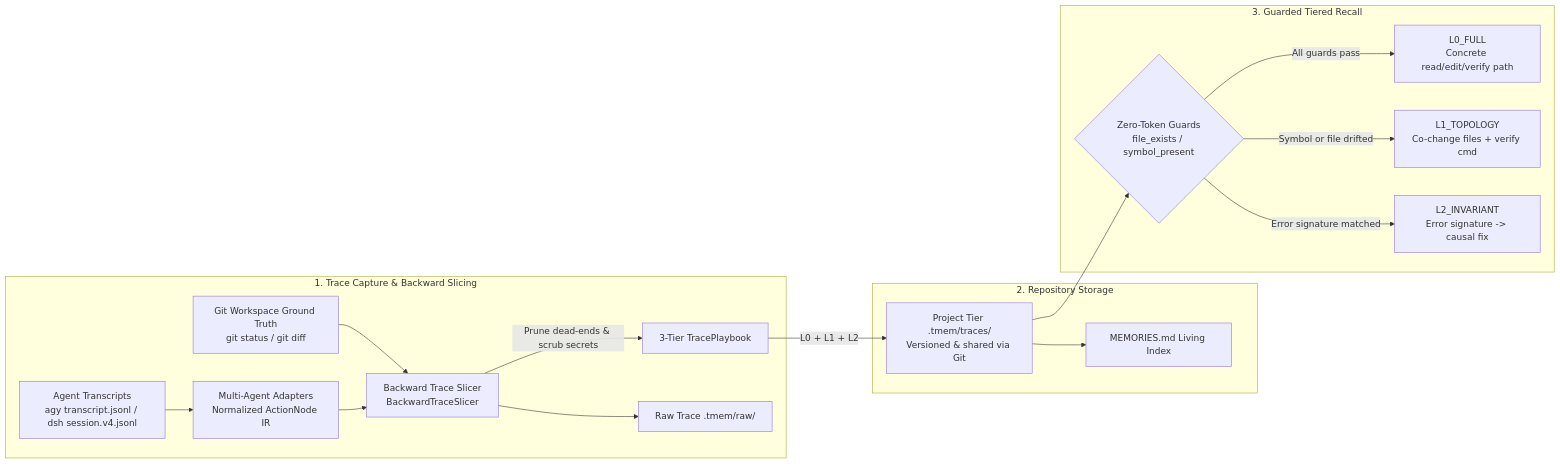
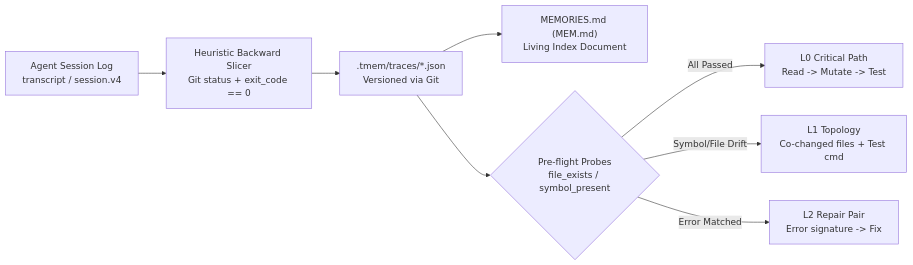
The diagram in README_EN.md (kentzjh-cmd/tmem), drawn with Mermaid before and after one commit. The commit also changed other lines of this file and 26 other files, not shown here.

````diff
--- a/README_EN.md
+++ b/README_EN.md
@@ -52,22 +46,10 @@
 ```mermaid
 flowchart LR
-    subgraph Capture["1. Trace Capture & Backward Slicing"]
-        T["Agent Transcripts<br/>agy transcript.jsonl / dsh session.v4.jsonl"] --> A["Multi-Agent Adapters<br/>Normalized ActionNode IR"]
-        G["Git Workspace Ground Truth<br/>git status / git diff"] --> S["Backward Trace Slicer<br/>BackwardTraceSlicer"]
-        A --> S
-        S -->|"Prune dead-ends & scrub secrets"| P["3-Tier TracePlaybook"]
-        S --> R["Raw Trace .tmem/raw/"]
-    end
-
-    subgraph Store["2. Repository Storage"]
-        P -->|"L0 + L1 + L2"| Proj["Project Tier .tmem/traces/<br/>Versioned & shared via Git"]
-        Proj --> Doc["MEMORIES.md Living Index"]
-    end
-
-    subgraph Recall["3. Guarded Tiered Recall"]
-        Proj --> Guard{"Zero-Token Guards<br/>file_exists / symbol_present"}
-        Guard -->|"All guards pass"| L0["L0_FULL<br/>Concrete read/edit/verify path"]
-        Guard -->|"Symbol or file drifted"| L1["L1_TOPOLOGY<br/>Co-change files + verify cmd"]
-        Guard -->|"Error signature matched"| L2["L2_INVARIANT<br/>Error signature -> causal fix"]
-    end
+    Log["Agent Session Log<br/>transcript / session.v4"] --> Slice["Heuristic Backward Slicer<br/>Git status + exit_code == 0"]
+    Slice --> Traces[".tmem/traces/*.json<br/>Versioned via Git"]
+    Traces --> Sync["MEMORIES.md (MEM.md)<br/>Living Index Document"]
+    Traces --> Guard{"Pre-flight Probes<br/>file_exists / symbol_present"}
+    Guard -->|"All Passed"| L0["L0 Critical Path<br/>Read -> Mutate -> Test"]
+    Guard -->|"Symbol/File Drift"| L1["L1 Topology<br/>Co-changed files + Test cmd"]
+    Guard -->|"Error Matched"| L2["L2 Repair Pair<br/>Error signature -> Fix"]
 ```
````
